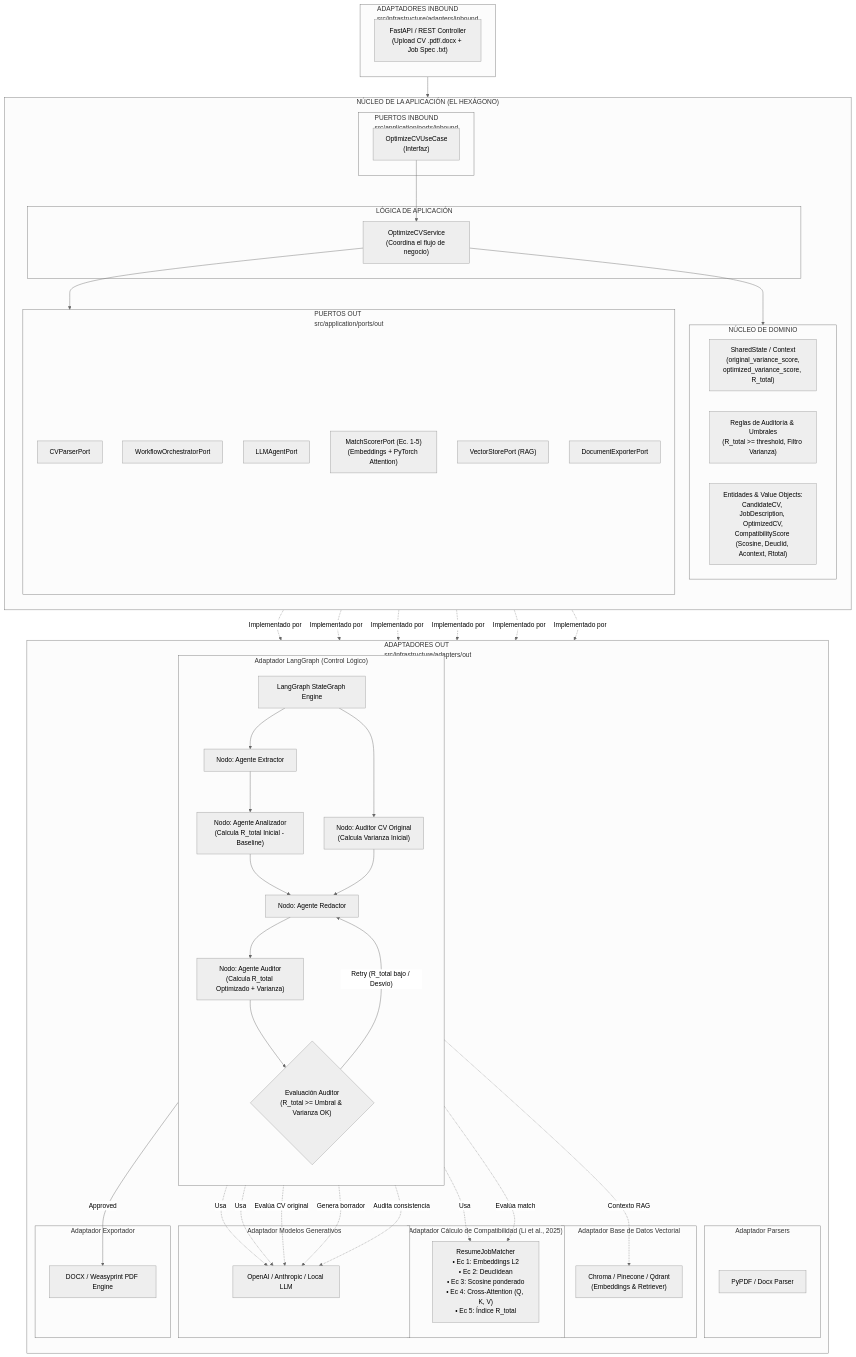
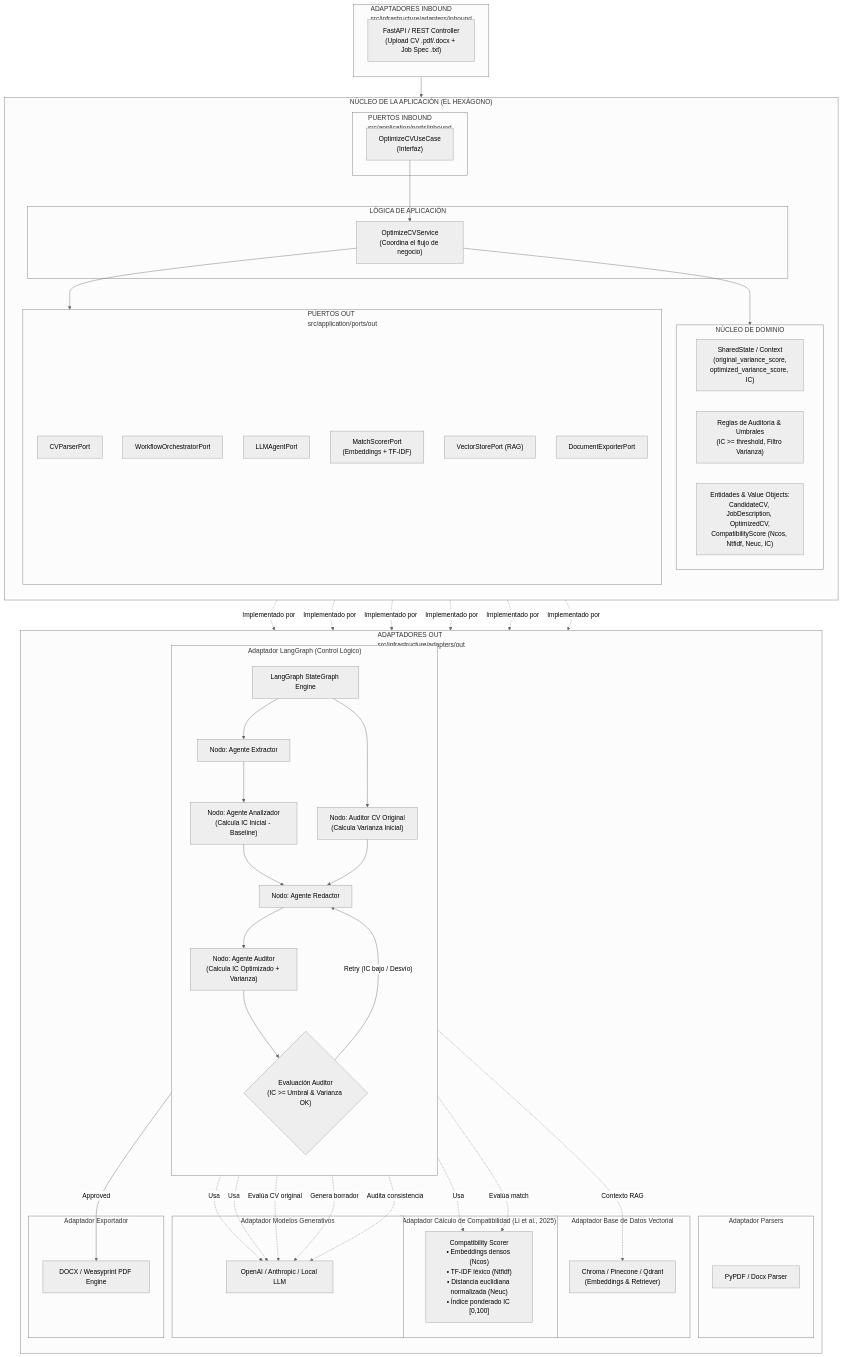
The diagram in arquitectura-tecnica-mermaid.md (papopapota/cv-aligner-ai-backend), drawn with Mermaid (neutral theme) before and after one commit. The commit also changed 1 other file, not shown here.

Commit message:
refactor: update scoring terminology from R_total to IC and adjust related architecture documentation

```diff
--- a/arquitectura-tecnica-mermaid.md
+++ b/arquitectura-tecnica-mermaid.md
@@ -23,16 +23,16 @@
         end
 
         subgraph Domain["NÚCLEO DE DOMINIO"]
-            State["SharedState / Context<br/>(original_variance_score,<br/>optimized_variance_score, R_total)"]
-            AuditRules["Reglas de Auditoría & Umbrales<br/>(R_total >= threshold, Filtro Varianza)"]
-            Entities["Entidades & Value Objects:<br/>CandidateCV, JobDescription, OptimizedCV,<br/>CompatibilityScore (Scosine, Deuclid, Acontext, Rtotal)"]
+            State["SharedState / Context<br/>(original_variance_score,<br/>optimized_variance_score, IC)"]
+            AuditRules["Reglas de Auditoría & Umbrales<br/>(IC >= threshold, Filtro Varianza)"]
+            Entities["Entidades & Value Objects:<br/>CandidateCV, JobDescription, OptimizedCV,<br/>CompatibilityScore (Ncos, Ntfidf, Neuc, IC)"]
         end
 
         subgraph PortsOut["PUERTOS OUT<br/>src/application/ports/out"]
             P_Parser["CVParserPort"]
             P_Graph["WorkflowOrchestratorPort"]
             P_LLM["LLMAgentPort"]
-            P_Scorer["MatchScorerPort (Ec. 1-5)<br/>(Embeddings + PyTorch Attention)"]
+            P_Scorer["MatchScorerPort<br/>(Embeddings + TF-IDF)"]
             P_Vector["VectorStorePort (RAG)"]
             P_Export["DocumentExporterPort"]
         end
@@ -56,16 +56,16 @@
             direction TB
             LG_Engine["LangGraph StateGraph Engine"]
             NodeExt["Nodo: Agente Extractor"]
-            NodeAna["Nodo: Agente Analizador<br/>(Calcula R_total Inicial - Baseline)"]
+            NodeAna["Nodo: Agente Analizador<br/>(Calcula IC Inicial - Baseline)"]
             NodeOrigAud["Nodo: Auditor CV Original<br/>(Calcula Varianza Inicial)"]
             NodeWri["Nodo: Agente Redactor"]
-            NodeAud["Nodo: Agente Auditor<br/>(Calcula R_total Optimizado + Varianza)"]
-            EdgeCond{"Evaluación Auditor<br/>(R_total >= Umbral & Varianza OK)"}
+            NodeAud["Nodo: Agente Auditor<br/>(Calcula IC Optimizado + Varianza)"]
+            EdgeCond{"Evaluación Auditor<br/>(IC >= Umbral & Varianza OK)"}
 
             LG_Engine --> NodeExt --> NodeAna --> NodeWri
             LG_Engine --> NodeOrigAud --> NodeWri
             NodeWri --> NodeAud --> EdgeCond
-            EdgeCond -- "Retry (R_total bajo / Desvío)" --> NodeWri
+            EdgeCond -- "Retry (IC bajo / Desvío)" --> NodeWri
         end
 
         subgraph AdapterLLM["Adaptador Modelos Generativos"]
@@ -73,7 +73,7 @@
         end
 
         subgraph AdapterScorer["Adaptador Cálculo de Compatibilidad (Li et al., 2025)"]
-            ScorerEngine["ResumeJobMatcher<br/>• Ec 1: Embeddings L2<br/>• Ec 2: Deuclidean<br/>• Ec 3: Scosine ponderado<br/>• Ec 4: Cross-Attention (Q, K, V)<br/>• Ec 5: Índice R_total"]
+            ScorerEngine["Compatibility Scorer<br/>• Embeddings densos (Ncos)<br/>• TF-IDF léxico (Ntfidf)<br/>• Distancia euclidiana normalizada (Neuc)<br/>• Índice ponderado IC [0,100]"]
         end
 
         subgraph AdapterRAG["Adaptador Base de Datos Vectorial"]
```
